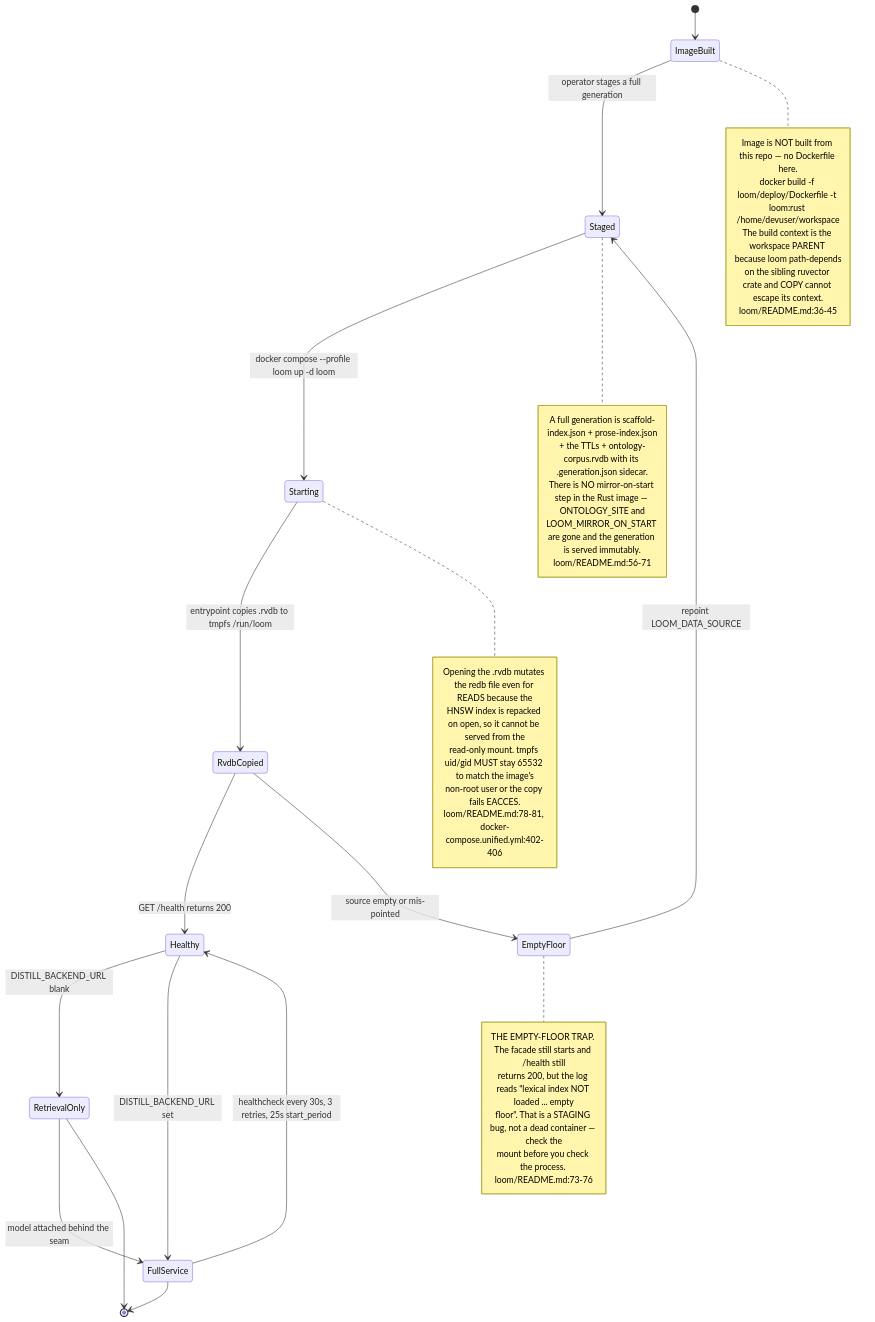
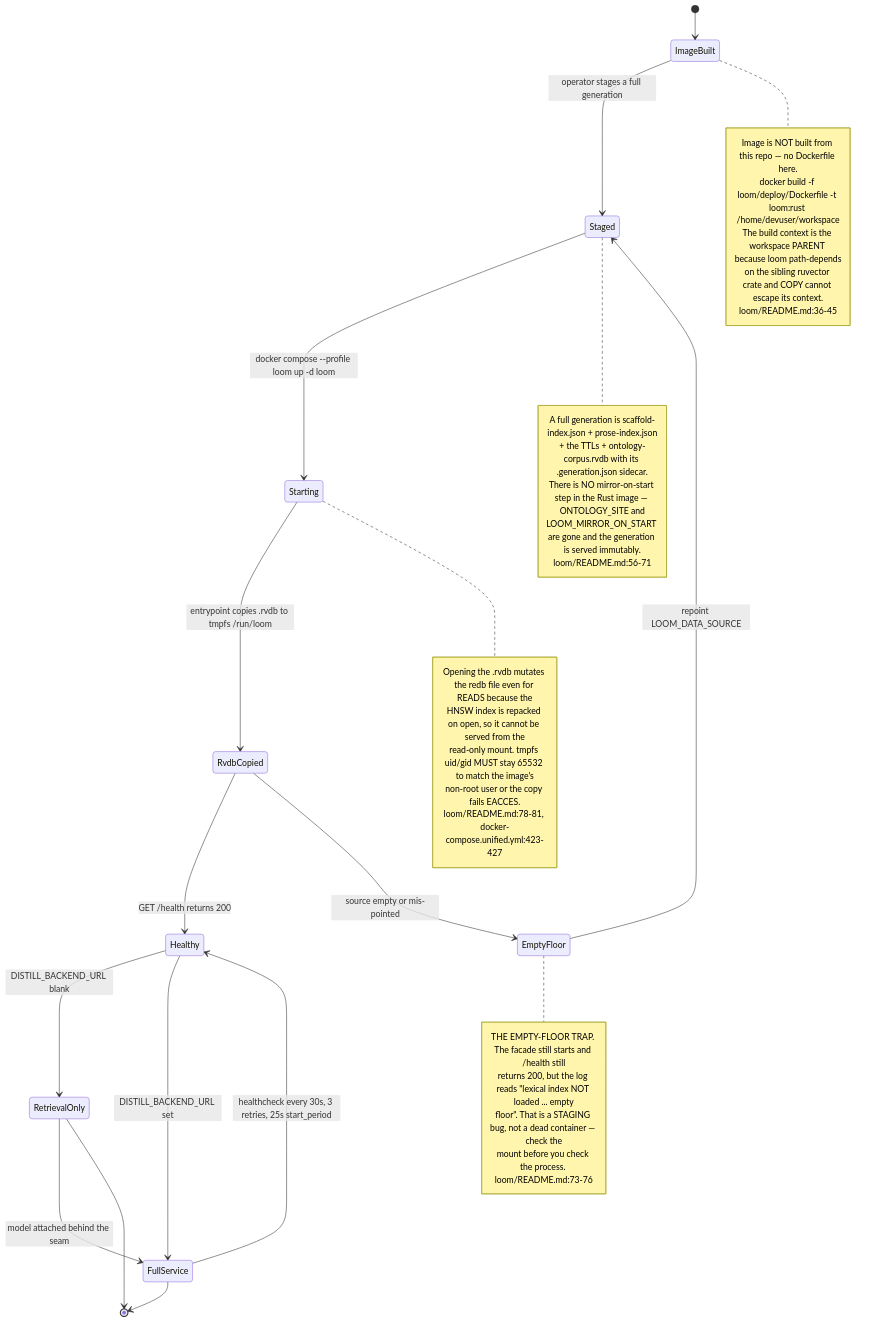
Before and after one commit to DreamLab-AI/VisionFlow: the seventh of 14 diagrams in docs/diagrams/agentbox/24-loom-facade.md, drawn with Mermaid. The commit also changed other lines of this file and 145 other files, not shown here.

````diff
--- a/docs/diagrams/agentbox/24-loom-facade.md
+++ b/docs/diagrams/agentbox/24-loom-facade.md
@@ -288,43 +289,43 @@
 ```mermaid
 stateDiagram-v2
     [*] --> ImageBuilt
     ImageBuilt --> Staged : operator stages a full generation
     note right of ImageBuilt
         Image is NOT built from this repo — no Dockerfile here.
         docker build -f loom/deploy/Dockerfile -t loom:rust /home/devuser/workspace
         The build context is the workspace PARENT because loom path-depends
         on the sibling ruvector crate and COPY cannot escape its context.
         loom/README.md:36-45
     end note
     Staged --> Starting : docker compose --profile loom up -d loom
     note right of Staged
         A full generation is scaffold-index.json + prose-index.json
         + the TTLs + ontology-corpus.rvdb with its .generation.json sidecar.
         There is NO mirror-on-start step in the Rust image — ONTOLOGY_SITE and
         LOOM_MIRROR_ON_START are gone and the generation is served immutably.
         loom/README.md:56-71
     end note
     Starting --> RvdbCopied : entrypoint copies .rvdb to tmpfs /run/loom
     note right of Starting
         Opening the .rvdb mutates the redb file even for READS because the
         HNSW index is repacked on open, so it cannot be served from the
         read-only mount. tmpfs uid/gid MUST stay 65532 to match the image's
         non-root user or the copy fails EACCES.
-        loom/README.md:78-81, docker-compose.unified.yml:402-406
+        loom/README.md:78-81, docker-compose.unified.yml:423-427
     end note
     RvdbCopied --> Healthy : GET /health returns 200
     RvdbCopied --> EmptyFloor : source empty or mis-pointed
     note right of EmptyFloor
         THE EMPTY-FLOOR TRAP. The facade still starts and /health still
         returns 200, but the log reads "lexical index NOT loaded ... empty
         floor". That is a STAGING bug, not a dead container — check the
         mount before you check the process. loom/README.md:73-76
     end note
     EmptyFloor --> Staged : repoint LOOM_DATA_SOURCE
     Healthy --> RetrievalOnly : DISTILL_BACKEND_URL blank
     Healthy --> FullService : DISTILL_BACKEND_URL set
     RetrievalOnly --> FullService : model attached behind the seam
     FullService --> Healthy : healthcheck every 30s, 3 retries, 25s start_period
     RetrievalOnly --> [*]
     FullService --> [*]
 ```
````
